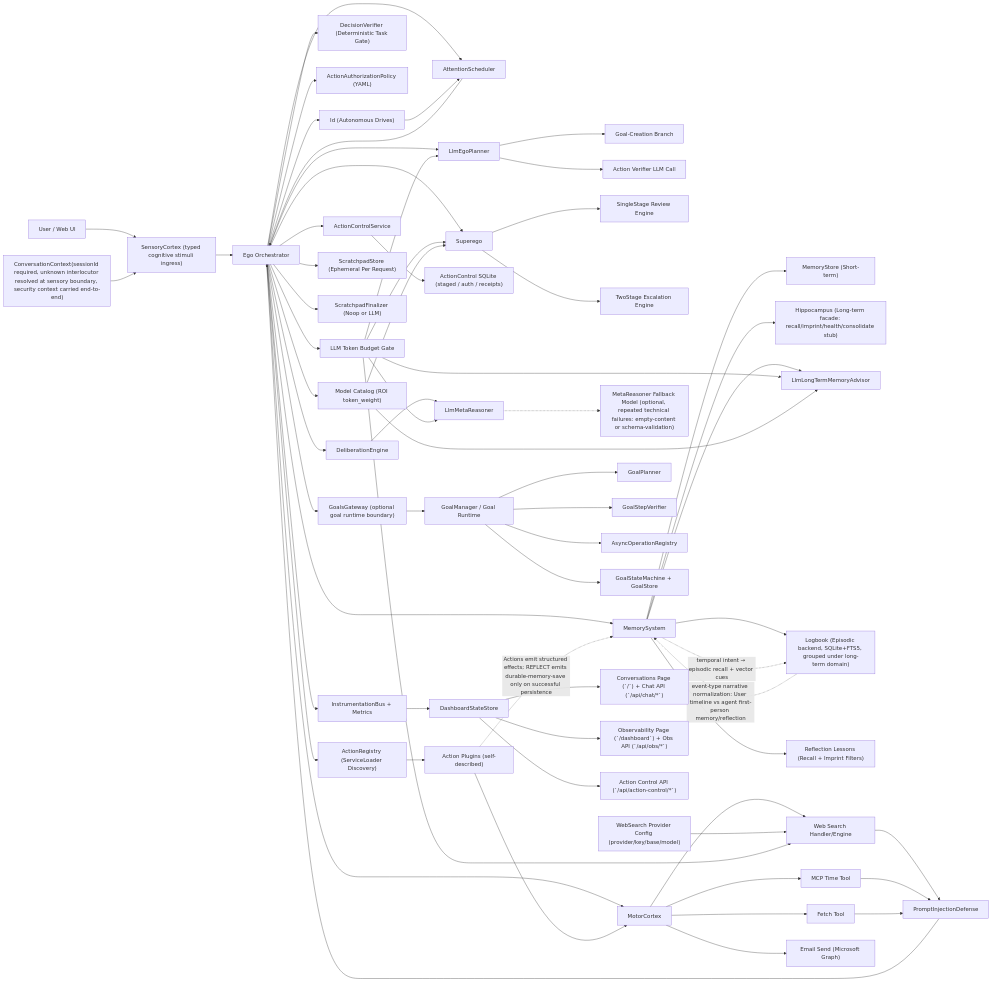
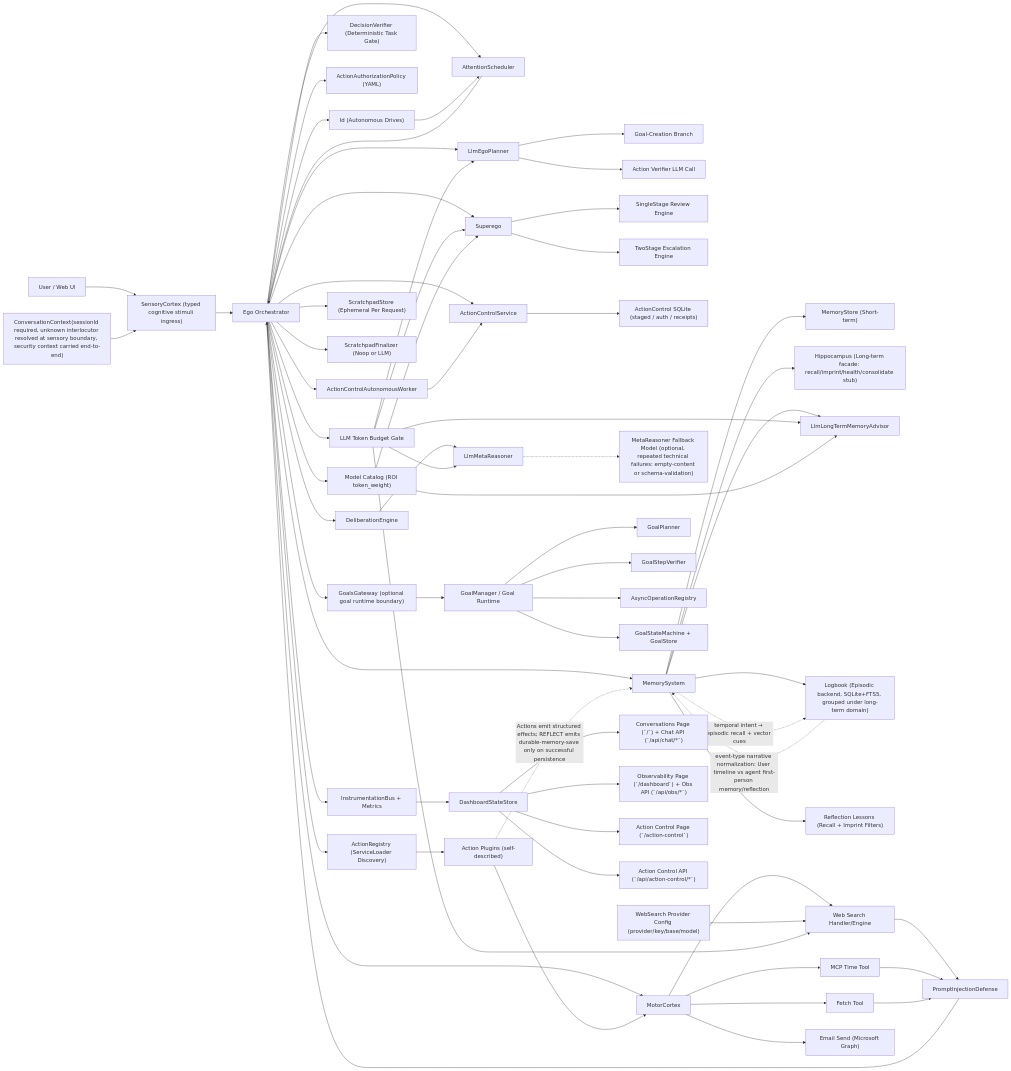
Before and after one commit to neopsyke/NeoPsyke: the first of 7 diagrams in AGENT_LOGIC_DIAGRAM.md, drawn with Mermaid. The commit also changed other lines of this file and 20 other files, not shown here.

First line of the commit message:
feat(action-control): add autonomous worker and outbox UI

````diff
--- a/AGENT_LOGIC_DIAGRAM.md
+++ b/AGENT_LOGIC_DIAGRAM.md
@@ -8,75 +8,78 @@
 ```mermaid
 flowchart LR
     U["User / Web UI"] --> SC["SensoryCortex (typed cognitive stimuli ingress)"]
     SC --> E["Ego Orchestrator"]
     NoteCtx["ConversationContext(sessionId required, unknown interlocutor resolved at sensory boundary, security context carried end-to-end)"] --> SC
 
     E --> AS["AttentionScheduler"]
     AS --> E
     ID["Id (Autonomous Drives)"] --> AS
     E --> ID
 
     E --> P["LlmEgoPlanner"]
     P --> GBR["Goal-Creation Branch"]
     P --> AV["Action Verifier LLM Call"]
     E --> TV["DecisionVerifier (Deterministic Task Gate)"]
     E --> S["Superego"]
     S --> S1["SingleStage Review Engine"]
     S --> S2["TwoStage Escalation Engine"]
     E --> ACP["ActionAuthorizationPolicy (YAML)"]
     E --> ACS["ActionControlService"]
+    E --> ACW["ActionControlAutonomousWorker"]
     ACS --> ACDB["ActionControl SQLite (staged / auth / receipts)"]
+    ACW --> ACS
     E --> AR["ActionRegistry (ServiceLoader Discovery)"]
     E --> M["MotorCortex"]
     E --> BG["LLM Token Budget Gate"]
     E --> MCat["Model Catalog (ROI token_weight)"]
 
     E --> DE["DeliberationEngine"]
     DE --> MR["LlmMetaReasoner"]
     MR -.-> MRF["MetaReasoner Fallback Model (optional, repeated technical failures: empty-content or schema-validation)"]
 
     E --> MC["MemorySystem"]
     MC --> MS["MemoryStore (Short-term)"]
     MC --> H["Hippocampus (Long-term facade: recall/imprint/health/consolidate stub)"]
     MC --> LTM["LlmLongTermMemoryAdvisor"]
     MC --> LB["Logbook (Episodic backend, SQLite+FTS5, grouped under long-term domain)"]
     LB -.->|"event-type narrative normalization: User timeline vs agent first-person memory/reflection"| MC
     MC --> RL["Reflection Lessons (Recall + Imprint Filters)"]
     MC -.->|"temporal intent → episodic recall + vector cues"| LB
     E --> TWS["ScratchpadStore (Ephemeral Per Request)"]
     E --> TWF["ScratchpadFinalizer (Noop or LLM)"]
     E --> PG["GoalsGateway (optional goal runtime boundary)"]
     PG --> PM["GoalManager / Goal Runtime"]
     PM --> PP["GoalPlanner"]
     PM --> PV["GoalStepVerifier"]
     PM --> AOR["AsyncOperationRegistry"]
     PM --> PS["GoalStateMachine + GoalStore"]
 
     AR --> AP["Action Plugins (self-described)"]
     AP --> M
     AP -.->|"Actions emit structured effects; REFLECT emits durable-memory-save only on successful persistence"| MC
 
     M --> WS["Web Search Handler/Engine"]
     CfgWS["WebSearch Provider Config (provider/key/base/model)"] --> WS
     M --> MT["MCP Time Tool"]
     M --> MF["Fetch Tool"]
     M --> EM["Email Send (Microsoft Graph)"]
     WS --> PID["PromptInjectionDefense"]
     MT --> PID
     MF --> PID
     PID --> E
 
     BG --> P
     BG --> S
     BG --> MR
     BG --> LTM
     BG --> WS
     MCat --> S
     MCat --> LTM
 
     E --> I["InstrumentationBus + Metrics"]
     I --> DS["DashboardStateStore"]
     DS --> CP["Conversations Page (`/`) + Chat API (`/api/chat/*`)"]
     DS --> OP["Observability Page (`/dashboard`) + Obs API (`/api/obs/*`)"]
+    DS --> OX["Action Control Page (`/action-control`)"]
     DS --> ACAPI["Action Control API (`/api/action-control/*`)"]
 ```
````
